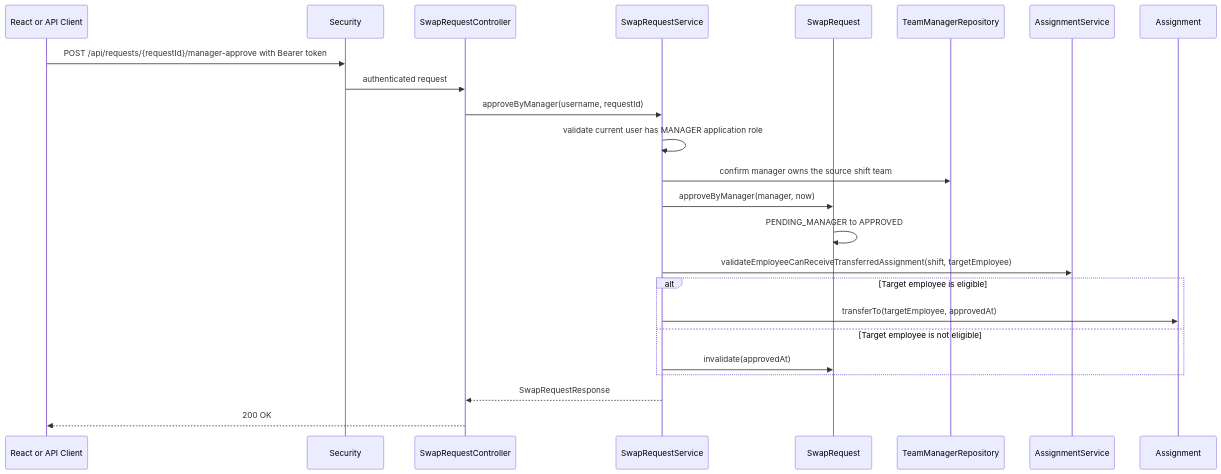
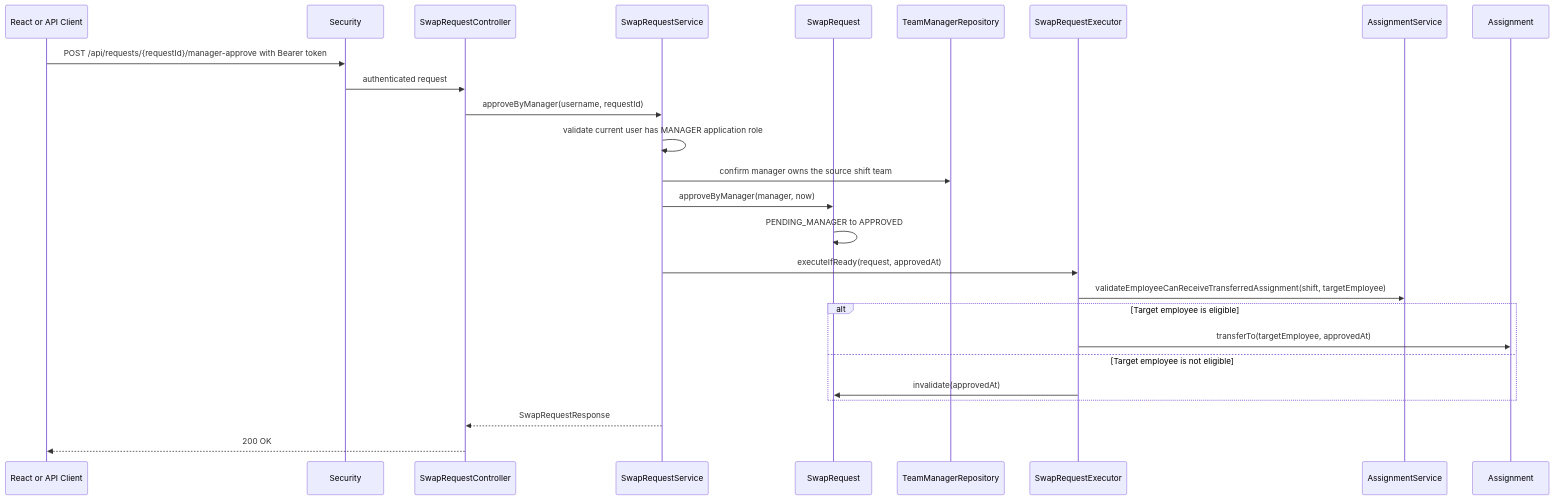
Before and after one commit to HiliMor/shift-management-system: diagram 19 of 20 in docs/current-backend-architecture.md, drawn with Mermaid. The commit also changed other lines of this file and 7 other files, not shown here.

Commit message:
Transfer and swap requests: Extract approved request executor

````diff
--- a/docs/current-backend-architecture.md
+++ b/docs/current-backend-architecture.md
@@ -721,27 +723,29 @@
 ```mermaid
 sequenceDiagram
     participant Client as React or API Client
     participant Security
     participant SwapRequestController
     participant SwapRequestService
     participant SwapRequest
     participant TeamManagerRepository
+    participant SwapRequestExecutor
     participant AssignmentService
     participant Assignment
 
     Client->>Security: POST /api/requests/{requestId}/manager-approve with Bearer token
     Security->>SwapRequestController: authenticated request
     SwapRequestController->>SwapRequestService: approveByManager(username, requestId)
     SwapRequestService->>SwapRequestService: validate current user has MANAGER application role
     SwapRequestService->>TeamManagerRepository: confirm manager owns the source shift team
     SwapRequestService->>SwapRequest: approveByManager(manager, now)
     SwapRequest->>SwapRequest: PENDING_MANAGER to APPROVED
-    SwapRequestService->>AssignmentService: validateEmployeeCanReceiveTransferredAssignment(shift, targetEmployee)
+    SwapRequestService->>SwapRequestExecutor: executeIfReady(request, approvedAt)
+    SwapRequestExecutor->>AssignmentService: validateEmployeeCanReceiveTransferredAssignment(shift, targetEmployee)
     alt Target employee is eligible
-        SwapRequestService->>Assignment: transferTo(targetEmployee, approvedAt)
+        SwapRequestExecutor->>Assignment: transferTo(targetEmployee, approvedAt)
     else Target employee is not eligible
-        SwapRequestService->>SwapRequest: invalidate(approvedAt)
+        SwapRequestExecutor->>SwapRequest: invalidate(approvedAt)
     end
     SwapRequestService-->>SwapRequestController: SwapRequestResponse
     SwapRequestController-->>Client: 200 OK
 ```
````
